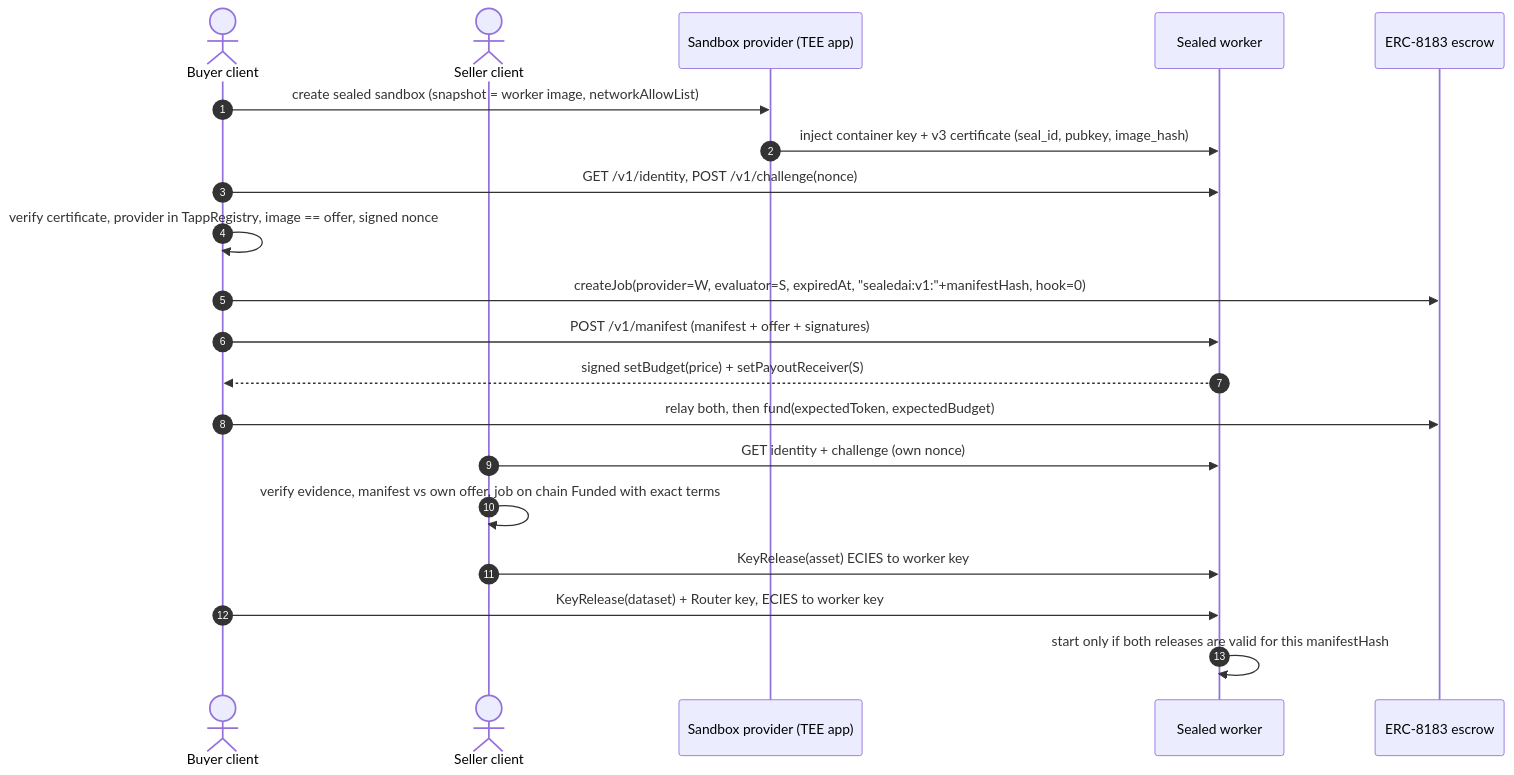
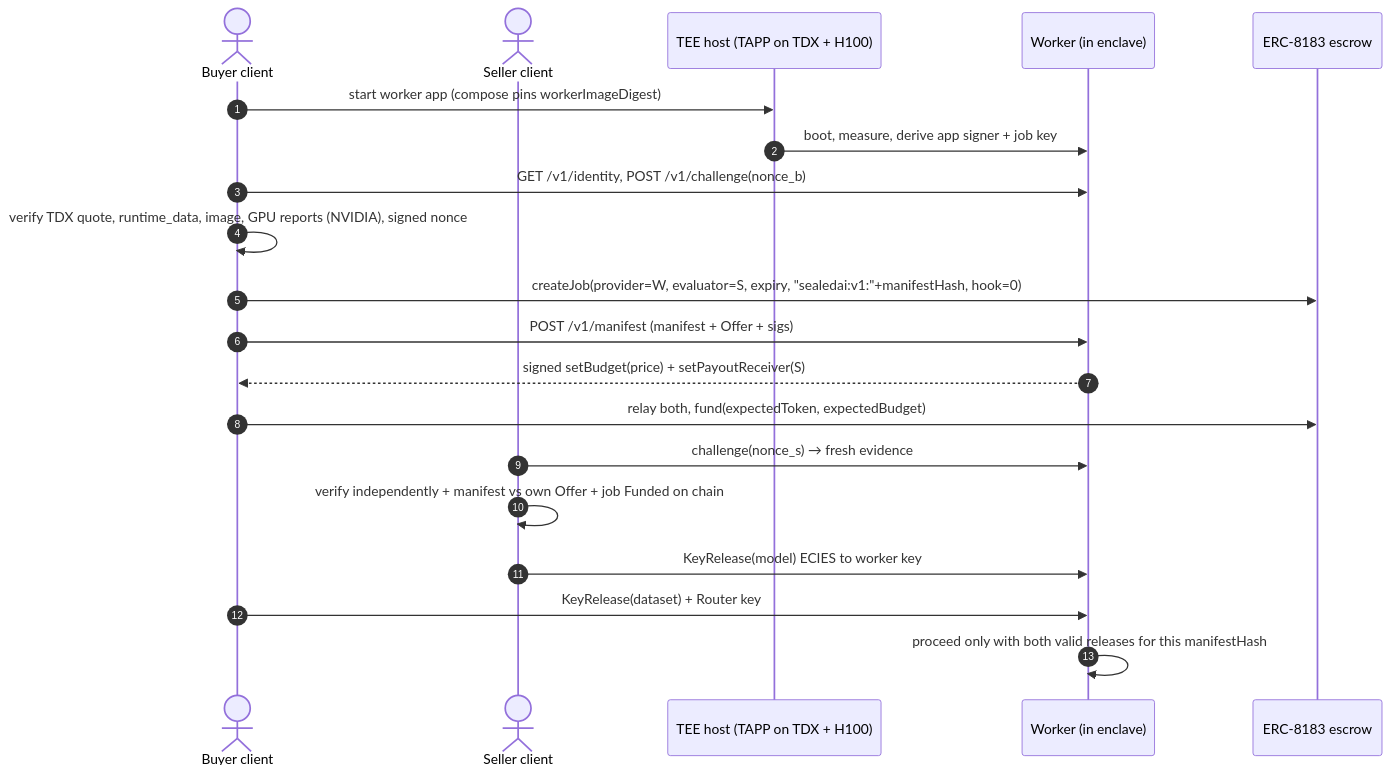
One commit to Soni-Shivam/Pivot_HTE changed the sixth of 16 diagrams in docs/ARCHITECTURE.md. Above: the diagram before and after it, drawn with Mermaid. The commit also changed other lines of this file and 7 other files, not shown here.

First line of the commit message:
Plan rev 3: real model trained in the enclave, no mock mode

````diff
--- a/docs/ARCHITECTURE.md
+++ b/docs/ARCHITECTURE.md
@@ -172,22 +167,22 @@
 ```mermaid
 sequenceDiagram
     autonumber
     actor B as Buyer client
     actor S as Seller client
-    participant P as Sandbox provider (TEE app)
-    participant W as Sealed worker
+    participant VM as TEE host (TAPP on TDX + H100)
+    participant W as Worker (in enclave)
     participant E as ERC-8183 escrow
-    B->>P: create sealed sandbox (snapshot = worker image, networkAllowList)
-    P->>W: inject container key + v3 certificate (seal_id, pubkey, image_hash)
-    B->>W: GET /v1/identity, POST /v1/challenge(nonce)
-    B->>B: verify certificate, provider in TappRegistry, image == offer, signed nonce
-    B->>E: createJob(provider=W, evaluator=S, expiredAt, "sealedai:v1:"+manifestHash, hook=0)
-    B->>W: POST /v1/manifest (manifest + offer + signatures)
+    B->>VM: start worker app (compose pins workerImageDigest)
+    VM->>W: boot, measure, derive app signer + job key
+    B->>W: GET /v1/identity, POST /v1/challenge(nonce_b)
+    B->>B: verify TDX quote, runtime_data, image, GPU reports (NVIDIA), signed nonce
+    B->>E: createJob(provider=W, evaluator=S, expiry, "sealedai:v1:"+manifestHash, hook=0)
+    B->>W: POST /v1/manifest (manifest + Offer + sigs)
     W-->>B: signed setBudget(price) + setPayoutReceiver(S)
-    B->>E: relay both, then fund(expectedToken, expectedBudget)
-    S->>W: GET identity + challenge (own nonce)
-    S->>S: verify evidence, manifest vs own offer, job on chain Funded with exact terms
-    S->>W: KeyRelease(asset) ECIES to worker key
-    B->>W: KeyRelease(dataset) + Router key, ECIES to worker key
-    W->>W: start only if both releases are valid for this manifestHash
+    B->>E: relay both, fund(expectedToken, expectedBudget)
+    S->>W: challenge(nonce_s) → fresh evidence
+    S->>S: verify independently + manifest vs own Offer + job Funded on chain
+    S->>W: KeyRelease(model) ECIES to worker key
+    B->>W: KeyRelease(dataset) + Router key
+    W->>W: proceed only with both valid releases for this manifestHash
 ```
````
